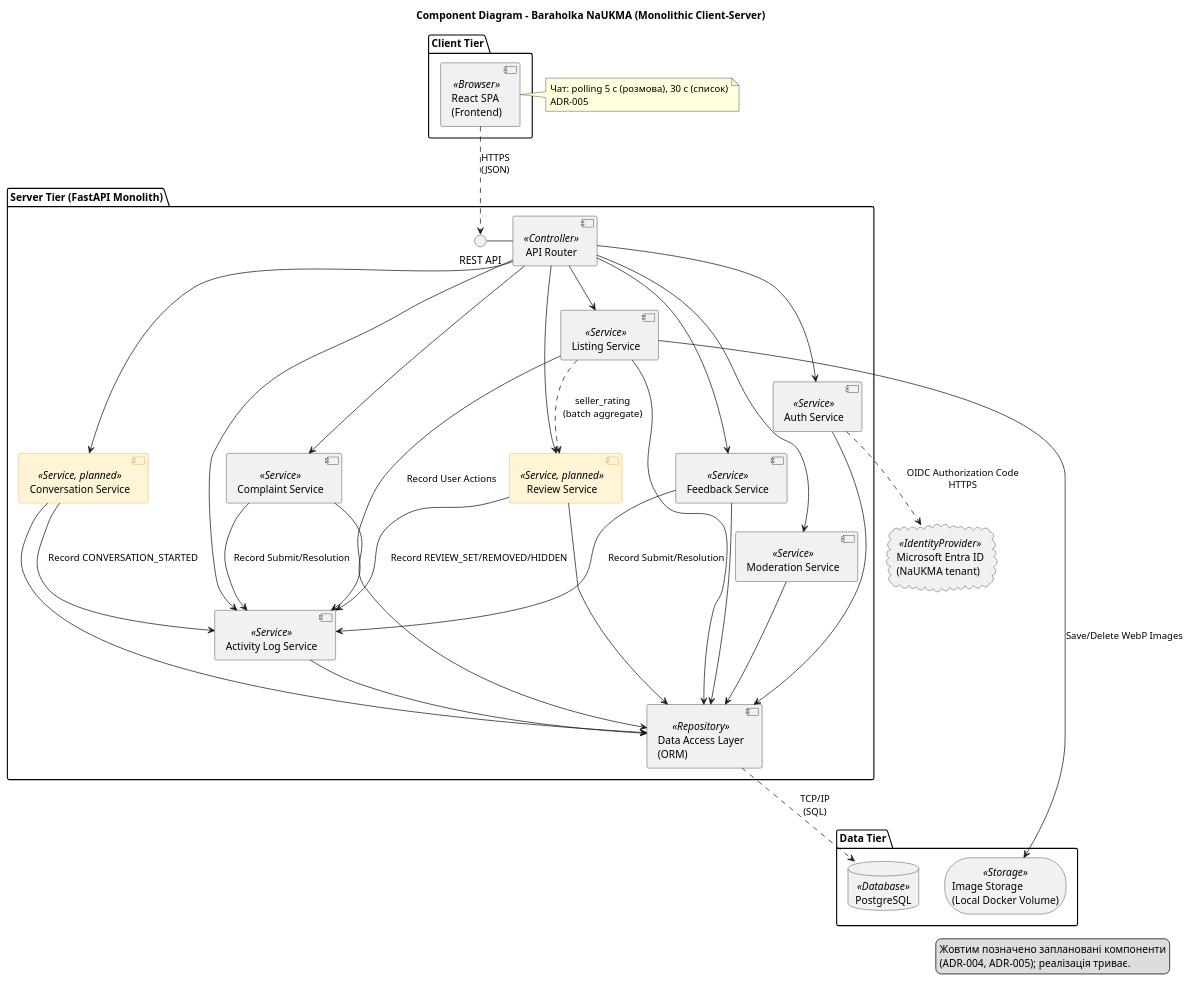
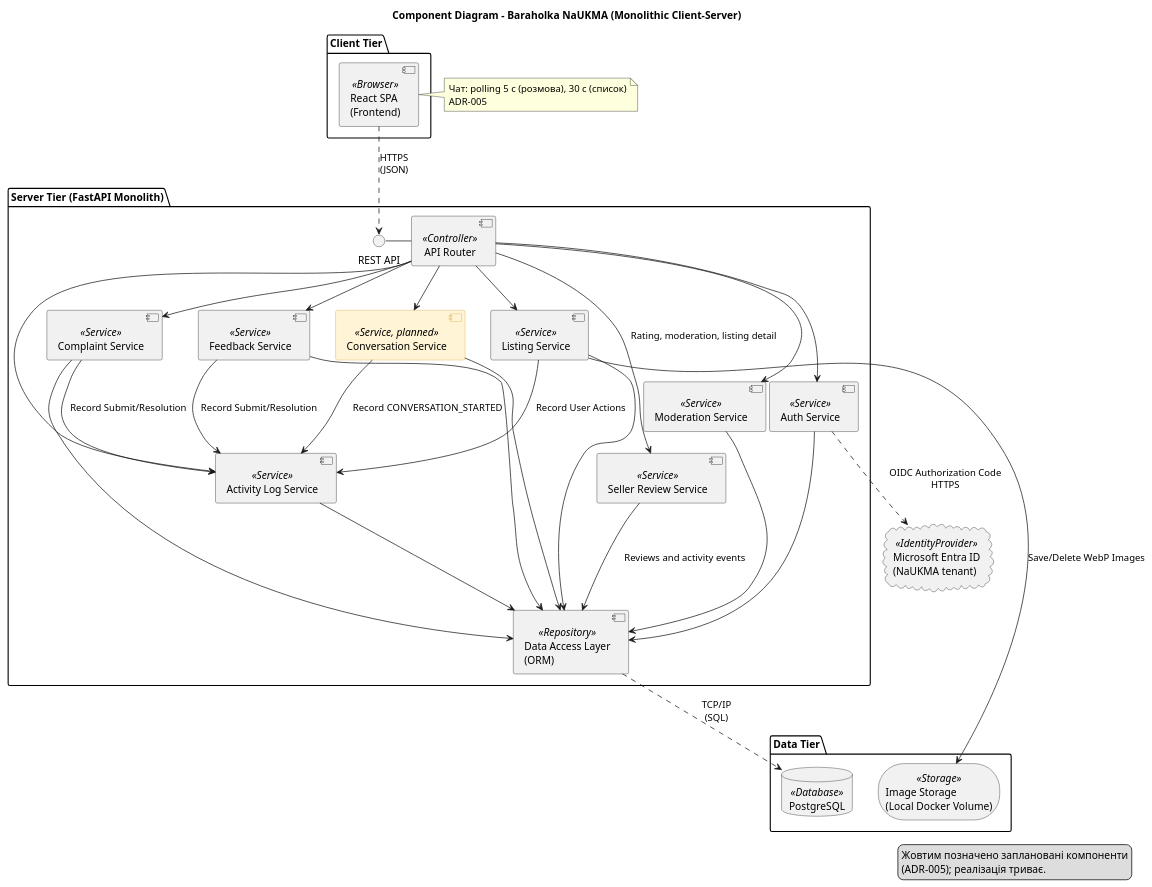
Before and after one commit to ukma-fin-ssdm-2026/Next-Gen: the diagram in docs/architecture/uml/components.puml, drawn with PlantUML. The commit also changed 35 other files, not shown here.

```diff
--- a/docs/architecture/uml/components.puml
+++ b/docs/architecture/uml/components.puml
@@ -1,74 +1,72 @@
 @startuml
 skinparam componentStyle uml2
 legend right
   Жовтим позначено заплановані компоненти
-  (ADR-004, ADR-005); реалізація триває.
+  (ADR-005); реалізація триває.
 endlegend
 
 title Component Diagram - Baraholka NaUKMA (Monolithic Client-Server)
 
 package "Client Tier" {
     component "React SPA\n(Frontend)" as SPA <<Browser>>
 }
 
 cloud "Microsoft Entra ID\n(NaUKMA tenant)" as Entra <<IdentityProvider>>
 
 package "Server Tier (FastAPI Monolith)" {
     interface "REST API" as RestAPI
     
     component "API Router" as Router <<Controller>>
     
     component "Auth Service" as AuthService <<Service>>
     component "Listing Service" as ListingService <<Service>>
     component "Moderation Service" as ModerationService <<Service>>
     component "Complaint Service" as ComplaintService <<Service>>
     component "Feedback Service" as FeedbackService <<Service>>
     component "Activity Log Service" as ActivityLogService <<Service>>
-    component "Review Service" as ReviewService <<Service, planned>> #FFF4D6;line:D9A441
+    component "Seller Review Service" as ReviewService <<Service>>
     component "Conversation Service" as ConversationService <<Service, planned>> #FFF4D6;line:D9A441
     
     component "Data Access Layer\n(ORM)" as DAL <<Repository>>
 }
 
 package "Data Tier" {
     database "PostgreSQL" as DB <<Database>>
     storage "Image Storage\n(Local Docker Volume)" as ImageStorage <<Storage>>
 }
 
 ' Connections
 SPA ..> RestAPI : "HTTPS\n(JSON)"
 note right of SPA
   Чат: polling 5 с (розмова), 30 с (список)
   ADR-005
 end note
 RestAPI - Router
 
 Router --> AuthService
 Router --> ListingService
 Router --> ModerationService
 Router --> ComplaintService
 Router --> FeedbackService
 Router --> ActivityLogService
-Router --> ReviewService
+Router --> ReviewService : "Rating, moderation, listing detail"
 Router --> ConversationService
 
 AuthService --> DAL
 AuthService ..> Entra : "OIDC Authorization Code\nHTTPS"
 ListingService --> DAL
 ListingService --> ImageStorage : "Save/Delete WebP Images"
 ListingService --> ActivityLogService : "Record User Actions"
 ModerationService --> DAL
 ComplaintService --> DAL
 ComplaintService --> ActivityLogService : "Record Submit/Resolution"
 FeedbackService --> DAL
 FeedbackService --> ActivityLogService : "Record Submit/Resolution"
 ActivityLogService --> DAL
-ListingService ..> ReviewService : "seller_rating\n(batch aggregate)"
-ReviewService --> DAL
-ReviewService --> ActivityLogService : "Record REVIEW_SET/REMOVED/HIDDEN"
+ReviewService --> DAL : "Reviews and activity events"
 ConversationService --> DAL
 ConversationService --> ActivityLogService : "Record CONVERSATION_STARTED"
 
 DAL ..> DB : "TCP/IP\n(SQL)"
 
 @enduml
```
